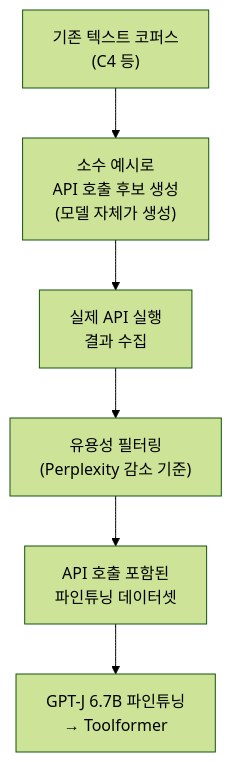
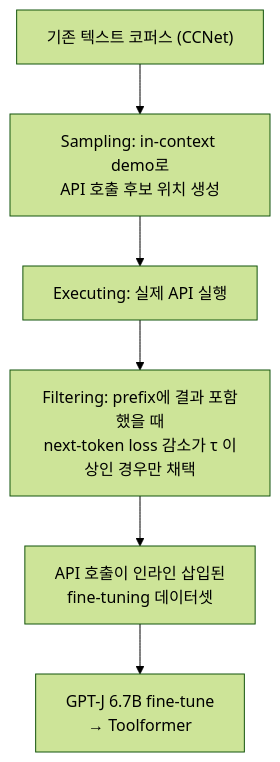
The diagram in wiki/papers/toolformer-paper.md (kim62210/llm-wiki), drawn with Mermaid (forest theme) before and after one commit. The commit also changed other lines of this file and 791 other files, not shown here.

````diff
--- a/wiki/papers/toolformer-paper.md
+++ b/wiki/papers/toolformer-paper.md
@@ -21,8 +33,8 @@
 ```mermaid
 flowchart TD
-    A["기존 텍스트 코퍼스\n(C4 등)"] --> B["소수 예시로\nAPI 호출 후보 생성\n(모델 자체가 생성)"]
-    B --> C["실제 API 실행\n결과 수집"]
-    C --> D["유용성 필터링\n(Perplexity 감소 기준)"]
-    D --> E["API 호출 포함된\n파인튜닝 데이터셋"]
-    E --> F["GPT-J 6.7B 파인튜닝\n→ Toolformer"]
+    A["기존 텍스트 코퍼스 (CCNet)"] --> B["Sampling: in-context demo로\nAPI 호출 후보 위치 생성"]
+    B --> C["Executing: 실제 API 실행"]
+    C --> D["Filtering: prefix에 결과 포함했을 때\nnext-token loss 감소가 τ 이상인 경우만 채택"]
+    D --> E["API 호출이 인라인 삽입된\nfine-tuning 데이터셋"]
+    E --> F["GPT-J 6.7B fine-tune\n→ Toolformer"]
 ```
````
